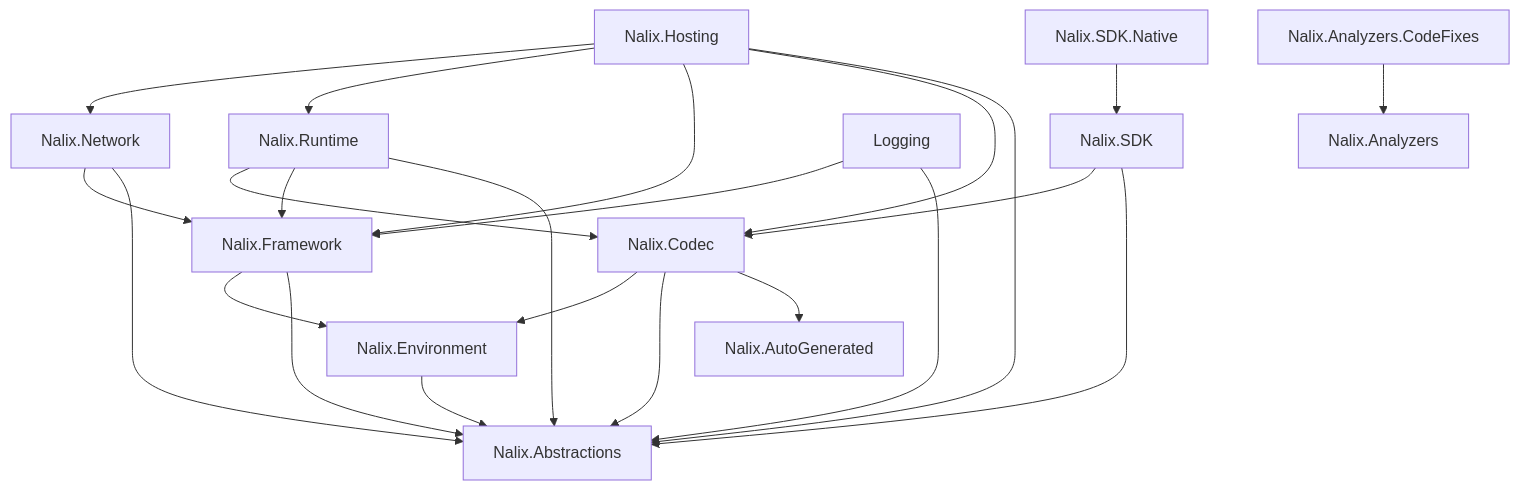
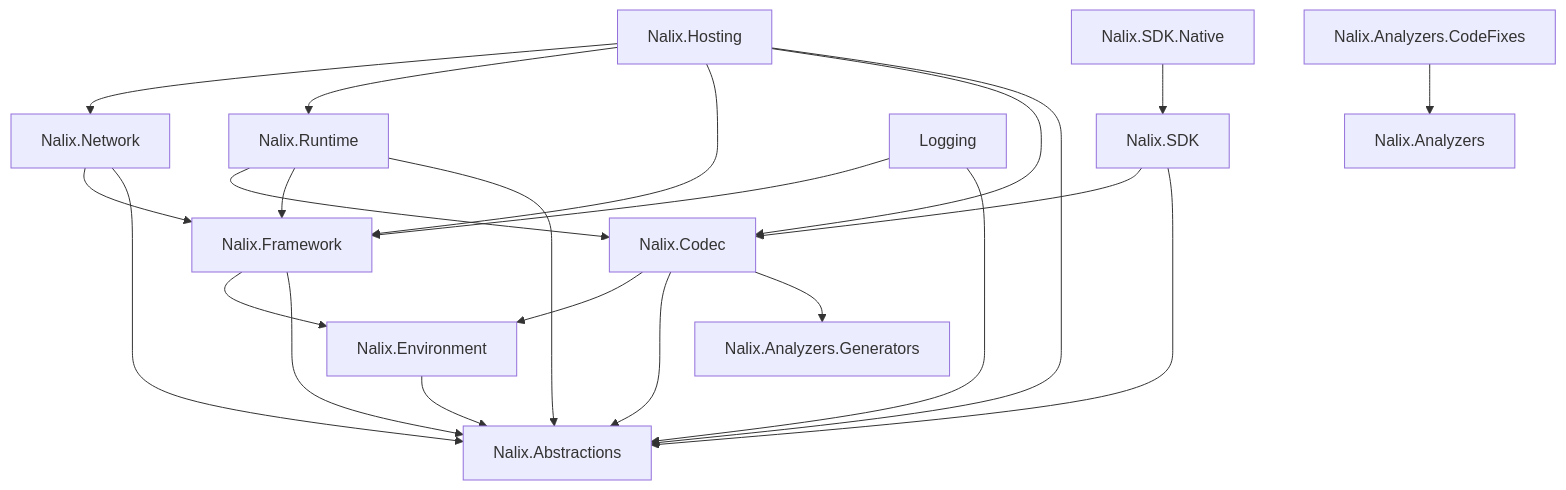
Before and after one commit to ppn-systems/Nalix: the diagram in docs/packages/index.md, drawn with Mermaid. The commit also changed 28 other files, not shown here.

First line of the commit message:
refactor(generators): rename Nalix.AutoGenerated (#189)

````diff
--- a/docs/packages/index.md
+++ b/docs/packages/index.md
@@ -25,33 +25,33 @@
 ```mermaid
 flowchart TD
     Hosting["Nalix.Hosting"] --> Network["Nalix.Network"]
     Hosting --> Runtime["Nalix.Runtime"]
     Hosting --> Framework["Nalix.Framework"]
     Hosting --> Codec["Nalix.Codec"]
     Hosting --> Abstractions["Nalix.Abstractions"]
 
     Network --> Framework
     Network --> Abstractions
 
     Runtime --> Codec
     Runtime --> Framework
     Runtime --> Abstractions
 
     SDK_Native["Nalix.SDK.Native"] --> SDK["Nalix.SDK"]
     SDK --> Codec
     SDK --> Abstractions
 
     Framework --> Environment["Nalix.Environment"]
     Framework --> Abstractions
 
     Codec --> Environment
     Codec --> Abstractions
-    Codec --> AutoGenerated["Nalix.AutoGenerated"]
+    Codec --> AutoGenerated["Nalix.Analyzers.Generators"]
 
     Environment --> Abstractions
 
     Logging --> Framework
     Logging --> Abstractions
 
     Analyzers_Fix["Nalix.Analyzers.CodeFixes"] --> Analyzers["Nalix.Analyzers"]
 ```
````
